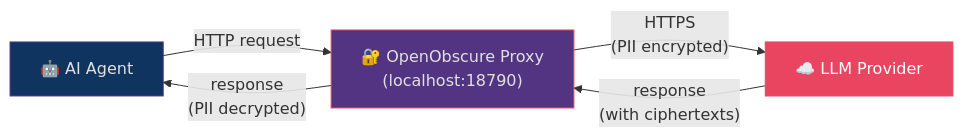
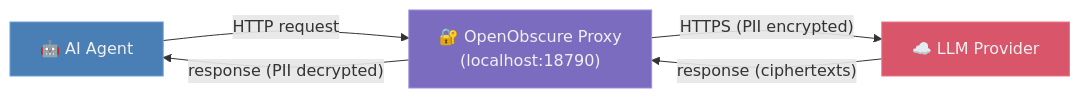
Before and after one commit to OpenObscure/OpenObscure: the first of 5 diagrams in README.md, drawn with Mermaid. The commit also changed other lines of this file and 7 other files, not shown here.

First line of the commit message:
Improve diagrams, screenshot, and repo hygiene

````diff
--- a/README.md
+++ b/README.md
@@ -22,11 +22,11 @@
 ```mermaid
 flowchart LR
-    agent["🤖 AI Agent"] -- "HTTP request" --> proxy["🔐 OpenObscure Proxy\n(localhost:18790)"]
-    proxy -- "HTTPS\n(PII encrypted)" --> llm["☁️ LLM Provider"]
-    llm -- "response\n(with ciphertexts)" --> proxy
-    proxy -- "response\n(PII decrypted)" --> agent
+    agent["🤖 AI Agent"] -- "HTTP request" --> proxy["🔐 OpenObscure Proxy<br>(localhost:18790)"]
+    proxy -- "HTTPS (PII encrypted)" --> llm["☁️ LLM Provider"]
+    llm -- "response (ciphertexts)" --> proxy
+    proxy -- "response (PII decrypted)" --> agent
 
-    style agent fill:#0f3460,stroke:#533483,color:#e0e0e0
-    style proxy fill:#533483,stroke:#e94560,color:#e0e0e0
-    style llm fill:#e94560,stroke:#e94560,color:#fff
+    style agent fill:#4a7fb5,stroke:#6a9fd5,color:#f0f0f0
+    style proxy fill:#7c6cbf,stroke:#9c8cdf,color:#f0f0f0
+    style llm fill:#d9556a,stroke:#e97585,color:#f0f0f0
 ```
````
